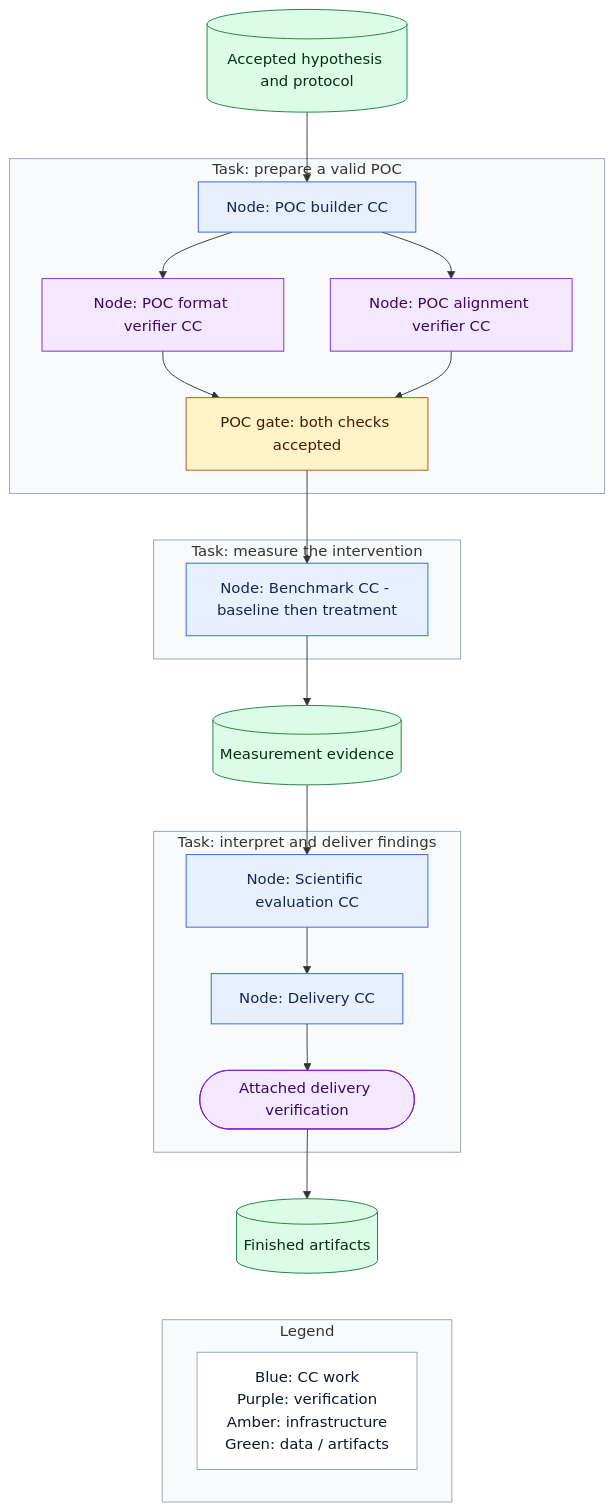
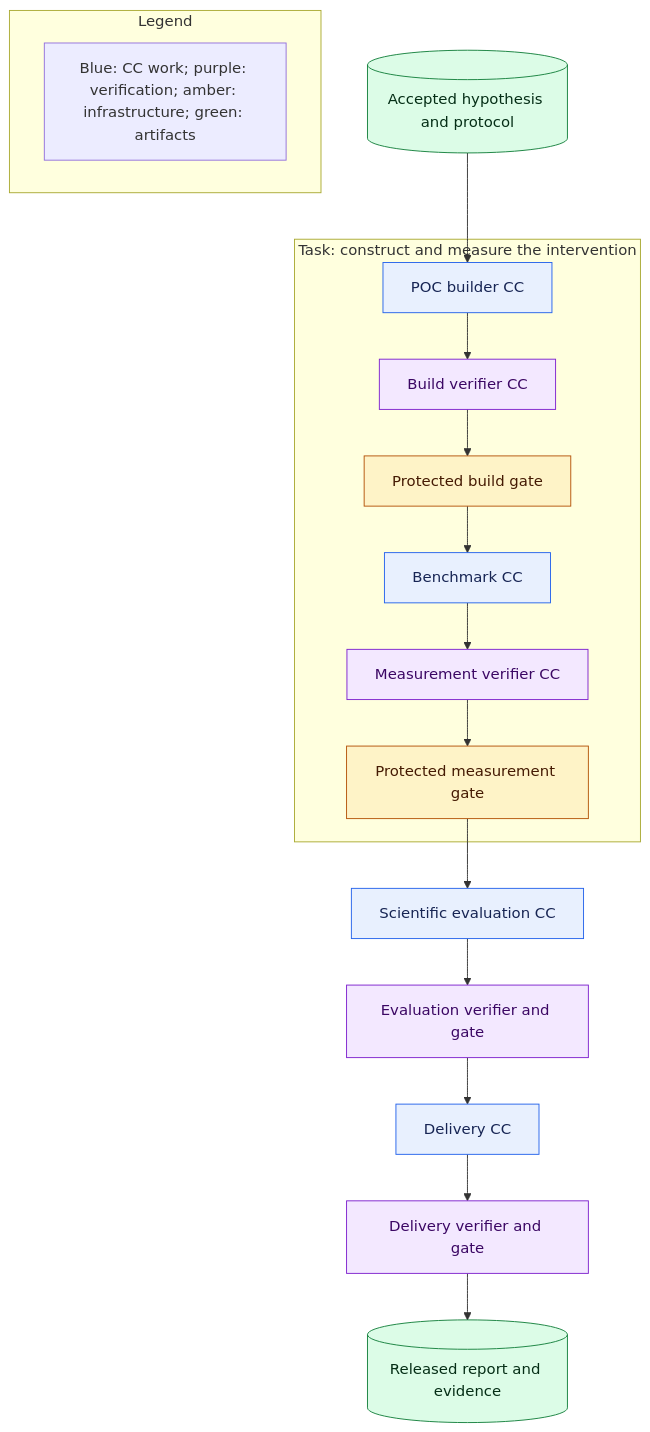
Before and after one commit to Stellven/jiuwenswarm: the second of 2 diagrams in docs/architecture/workflow.md, drawn with Mermaid. The commit also changed other lines of this file and 12 other files, not shown here.

Commit message:
Prepare M1 architecture and intent-trial Spec Kit handoff

````diff
--- a/docs/architecture/workflow.md
+++ b/docs/architecture/workflow.md
@@ -64,42 +55,28 @@
 ```mermaid
 flowchart TB
-    Hypothesis[(Accepted hypothesis and protocol)]
-    subgraph POCTask[Task: prepare a valid POC]
-        POC[Node: POC builder CC]
-        Format[Node: POC format verifier CC]
-        Alignment[Node: POC alignment verifier CC]
-        Join[POC gate: both checks accepted]
-        POC --> Format --> Join
-        POC --> Alignment --> Join
+    H[(Accepted hypothesis and protocol)]
+    subgraph Task[Task: construct and measure the intervention]
+        Build[POC builder CC] --> BV[Build verifier CC]
+        BV --> BG[Protected build gate]
+        BG --> Measure[Benchmark CC]
+        Measure --> MV[Measurement verifier CC]
+        MV --> MG[Protected measurement gate]
     end
-    subgraph ExperimentTask[Task: measure the intervention]
-        Benchmark[Node: Benchmark CC - baseline then treatment]
+    H --> Build
+    MG --> Eval[Scientific evaluation CC]
+    Eval --> EV[Evaluation verifier and gate]
+    EV --> Report[Delivery CC]
+    Report --> DV[Delivery verifier and gate]
+    DV --> O[(Released report and evidence)]
+    subgraph Legend[Legend]
+        Key[Blue: CC work; purple: verification; amber: infrastructure; green: artifacts]
     end
-    subgraph FindingsTask[Task: interpret and deliver findings]
-        Evaluate[Node: Scientific evaluation CC]
-        Report[Node: Delivery CC]
-        DeliveryCheck([Attached delivery verification])
-        Evaluate --> Report --> DeliveryCheck
-    end
-    Hypothesis --> POC
-    Join --> Benchmark --> Evidence[(Measurement evidence)]
-    Evidence --> Evaluate
-    DeliveryCheck --> Output[(Finished artifacts)]
-    subgraph Legend[Legend]
-        LKey["Blue: CC work<br/>Purple: verification<br/>Amber: infrastructure<br/>Green: data / artifacts"]
-    end
-    Output ~~~ Legend
     classDef work fill:#E8F0FE,stroke:#2563EB,color:#172554
     classDef verify fill:#F3E8FF,stroke:#7E22CE,color:#3B0764
     classDef control fill:#FEF3C7,stroke:#B45309,color:#451A03
     classDef data fill:#DCFCE7,stroke:#15803D,color:#052E16
-    class POC,Benchmark,Evaluate,Report work
-    class Format,Alignment,DeliveryCheck verify
-    class Join control
-    class Hypothesis,Evidence,Output data
-    style POCTask fill:#F8FAFC,stroke:#94A3B8
-    style ExperimentTask fill:#F8FAFC,stroke:#94A3B8
-    style FindingsTask fill:#F8FAFC,stroke:#94A3B8
-    style Legend fill:#F8FAFC,stroke:#94A3B8
-    style LKey fill:#FFFFFF,stroke:#94A3B8,color:#0F172A
+    class Build,Measure,Eval,Report work
+    class BV,MV,EV,DV verify
+    class BG,MG control
+    class H,O data
 ```
````
